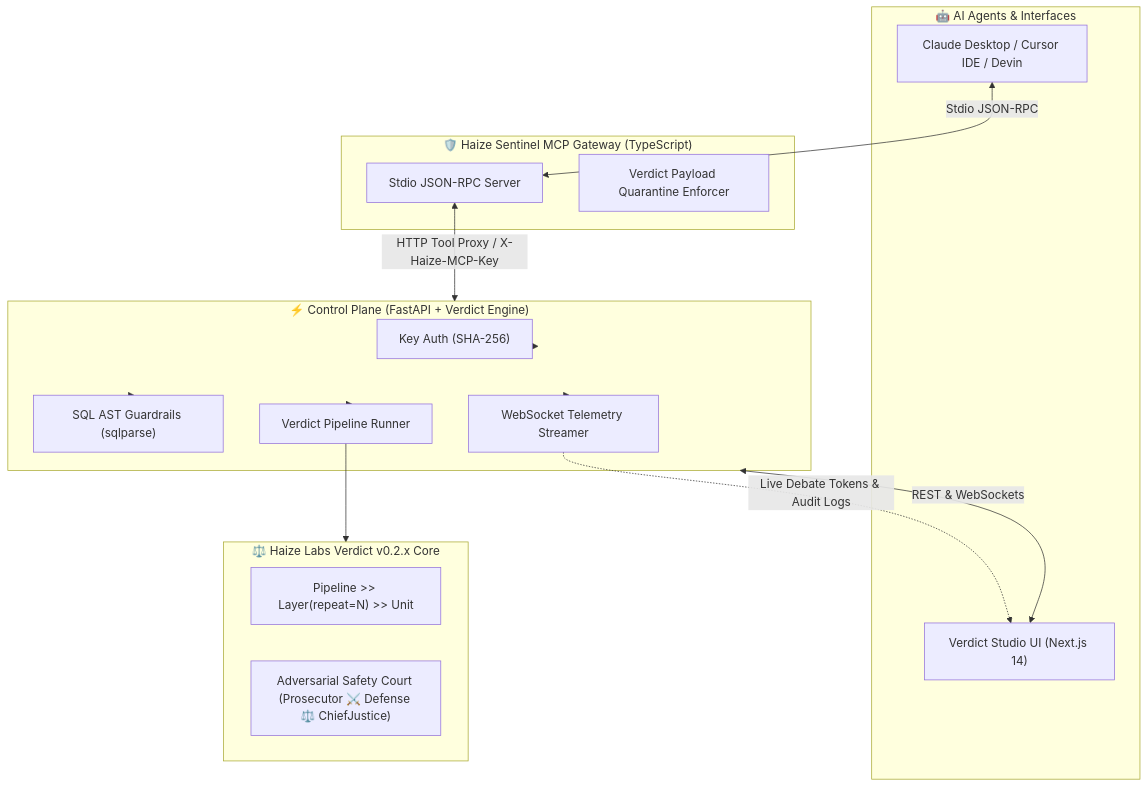
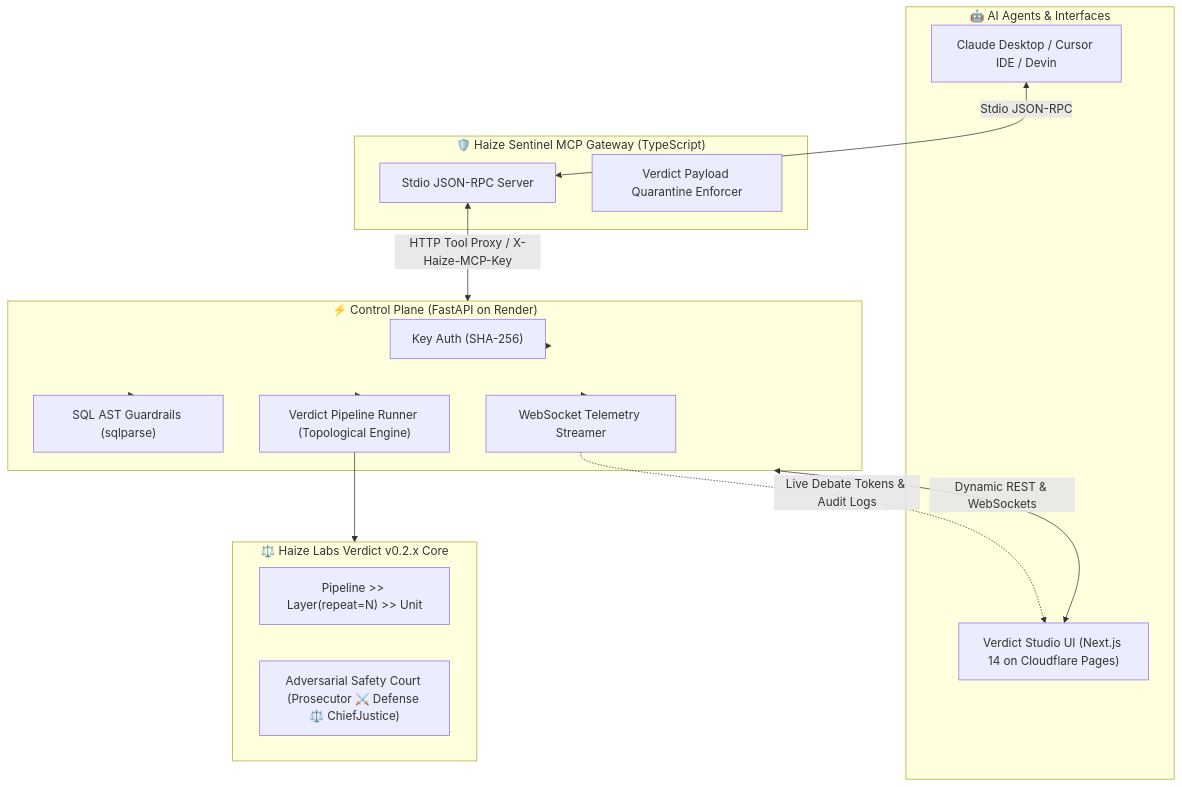
The diagram in README.md (sohampawar1866/verdict-studio), drawn with Mermaid before and after one commit. The commit also changed other lines of this file and 3 other files, not shown here.

Commit message:
docs: comprehensive documentation overhaul with Cloudflare Pages + Render deployment, BYOK inference, and MCP gateway guides

````diff
--- a/README.md
+++ b/README.md
@@ -35,34 +43,34 @@
 ```mermaid
 flowchart TD
     subgraph Clients["🤖 AI Agents & Interfaces"]
         Claude["Claude Desktop / Cursor IDE / Devin"]
-        Browser["Verdict Studio UI (Next.js 14)"]
+        Browser["Verdict Studio UI (Next.js 14 on Cloudflare Pages)"]
     end
 
     subgraph Gateway["🛡️ Haize Sentinel MCP Gateway (TypeScript)"]
         Stdio["Stdio JSON-RPC Server"]
         Enforcer["Verdict Payload Quarantine Enforcer"]
     end
 
-    subgraph Backend["⚡ Control Plane (FastAPI + Verdict Engine)"]
+    subgraph Backend["⚡ Control Plane (FastAPI on Render)"]
         Auth["Key Auth (SHA-256)"]
         AST["SQL AST Guardrails (sqlparse)"]
-        Runner["Verdict Pipeline Runner"]
+        Runner["Verdict Pipeline Runner (Topological Engine)"]
         WSHub["WebSocket Telemetry Streamer"]
     end
 
     subgraph VerdictCore["⚖️ Haize Labs Verdict v0.2.x Core"]
         Pipeline["Pipeline >> Layer(repeat=N) >> Unit"]
         Court["Adversarial Safety Court (Prosecutor ⚔️ Defense ⚖️ ChiefJustice)"]
     end
 
     Claude <-->|Stdio JSON-RPC| Stdio
     Stdio <-->|HTTP Tool Proxy / X-Haize-MCP-Key| Backend
-    Browser <-->|REST & WebSockets| Backend
+    Browser <-->|Dynamic REST & WebSockets| Backend
     Backend --> Auth
     Backend --> AST
     Backend --> Runner
     Runner --> VerdictCore
     Backend --> WSHub
     WSHub -.->|Live Debate Tokens & Audit Logs| Browser
 ```
````
